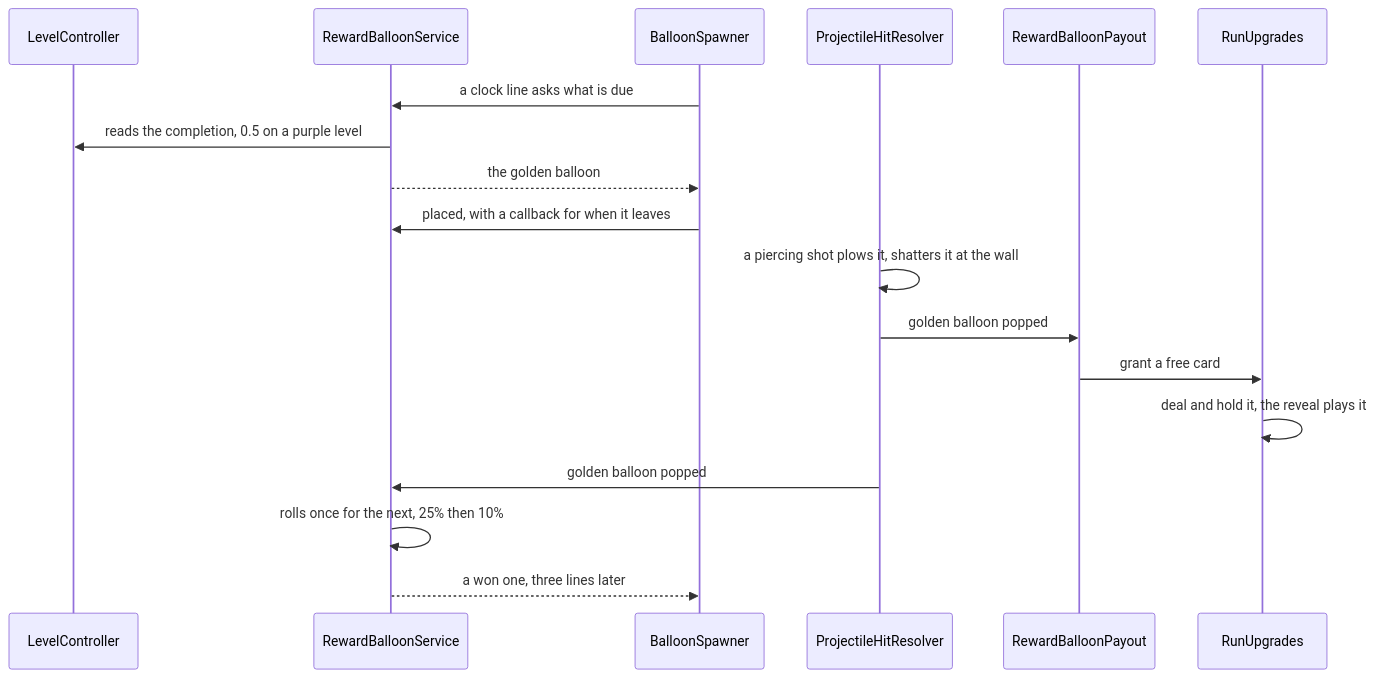
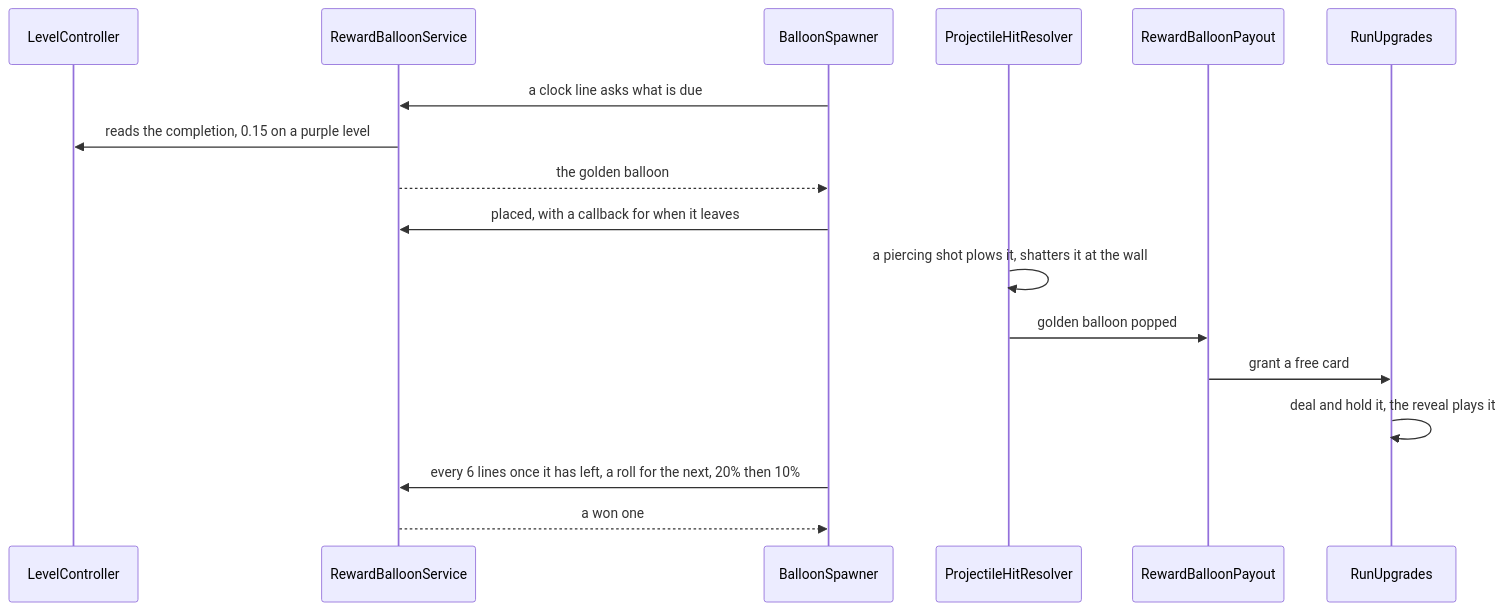
The diagram in Assets/Source/Plans/PLAN-RewardBalloons.md (jose-villegas/BalloonParty), drawn with Mermaid before and after one commit. The commit also changed other lines of this file and 9 other files, not shown here.

````diff
--- a/Assets/Source/Plans/PLAN-RewardBalloons.md
+++ b/Assets/Source/Plans/PLAN-RewardBalloons.md
@@ -64,20 +65,19 @@
 ```mermaid
 sequenceDiagram
     participant Lvl as LevelController
     participant Rwd as RewardBalloonService
     participant Spw as BalloonSpawner
     participant Hit as ProjectileHitResolver
     participant Pay as RewardBalloonPayout
     participant Up as RunUpgrades
     Spw->>Rwd: a clock line asks what is due
-    Rwd->>Lvl: reads the completion, 0.5 on a purple level
+    Rwd->>Lvl: reads the completion, 0.15 on a purple level
     Rwd-->>Spw: the golden balloon
     Spw->>Rwd: placed, with a callback for when it leaves
     Hit->>Hit: a piercing shot plows it, shatters it at the wall
     Hit->>Pay: golden balloon popped
     Pay->>Up: grant a free card
     Up->>Up: deal and hold it, the reveal plays it
-    Hit->>Rwd: golden balloon popped
-    Rwd->>Rwd: rolls once for the next, 25% then 10%
-    Rwd-->>Spw: a won one, three lines later
+    Spw->>Rwd: every 6 lines once it has left, a roll for the next, 20% then 10%
+    Rwd-->>Spw: a won one
 ```
````
